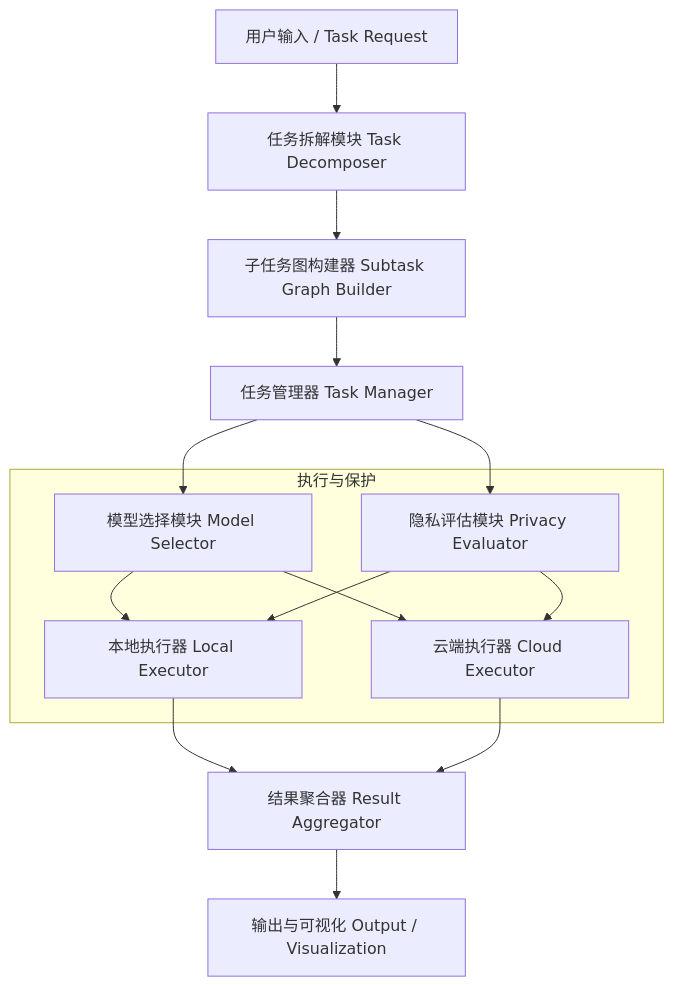
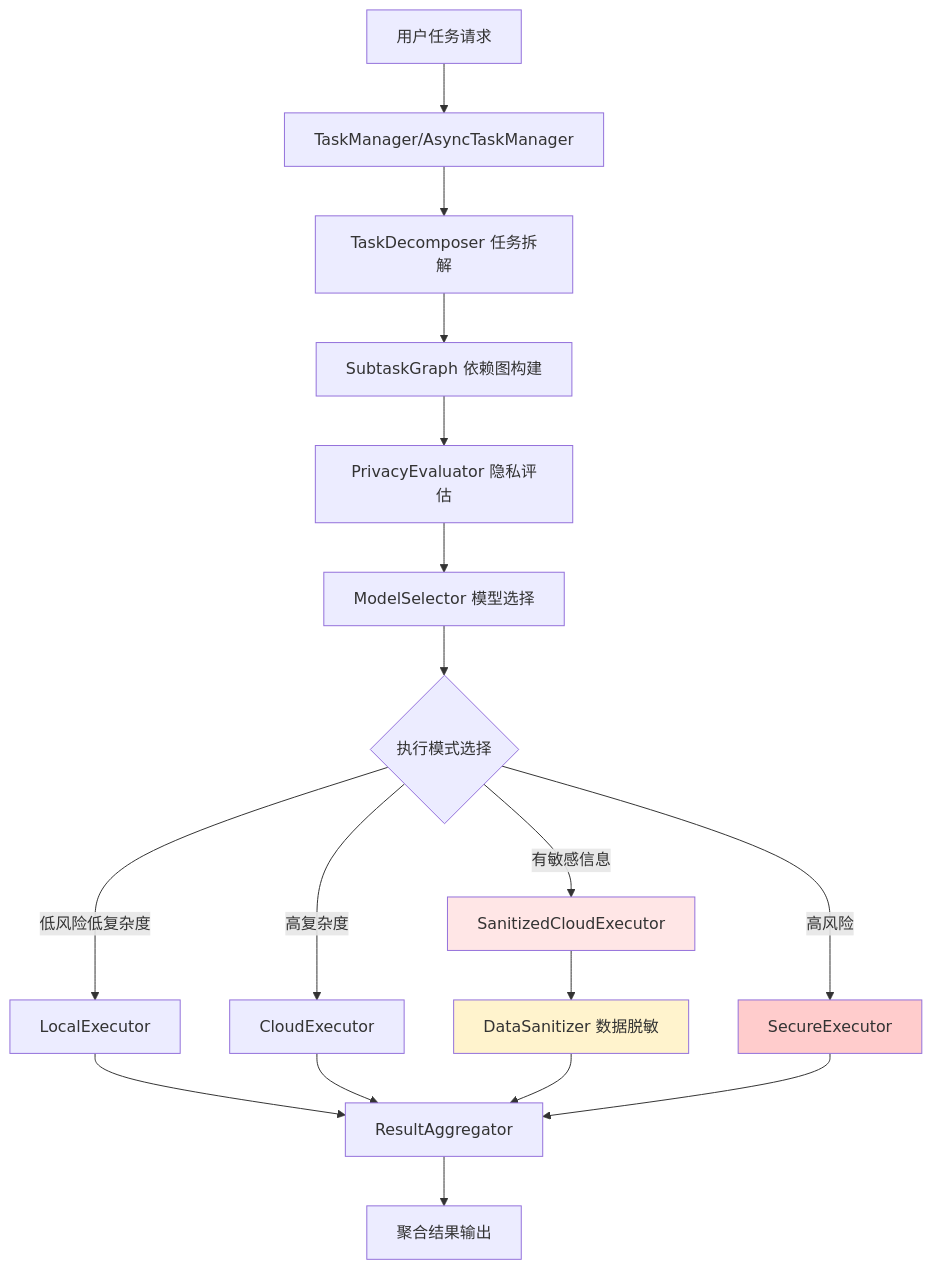
The diagram in README.md (EvoNexusX/Agent-Collection), drawn with Mermaid before and after one commit. The commit also changed other lines of this file, not shown here.

````diff
--- a/README.md
+++ b/README.md
@@ -16,21 +30,22 @@
 ```mermaid
 graph TD
-    A[用户输入 / Task Request] --> B[任务拆解模块 Task Decomposer]
-    B --> C[子任务图构建器 Subtask Graph Builder]
-    C --> D[任务管理器 Task Manager]
-    D --> E[隐私评估模块 Privacy Evaluator]
-    D --> F[模型选择模块 Model Selector]
-    F --> G1[本地执行器 Local Executor]
-    F --> G2[云端执行器 Cloud Executor]
-    E --> G1
-    E --> G2
-    G1 --> H[结果聚合器 Result Aggregator]
-    G2 --> H
-    H --> I[输出与可视化 Output / Visualization]
-    subgraph 执行与保护
-    E
-    F
-    G1
-    G2
-    end
+    A[用户任务请求] --> B[TaskManager/AsyncTaskManager]
+    B --> C[TaskDecomposer 任务拆解]
+    C --> D[SubtaskGraph 依赖图构建]
+    D --> E[PrivacyEvaluator 隐私评估]
+    E --> F[ModelSelector 模型选择]
+    F --> G{执行模式选择}
+    G -->|低风险低复杂度| H1[LocalExecutor]
+    G -->|高复杂度| H2[CloudExecutor]
+    G -->|有敏感信息| H3[SanitizedCloudExecutor]
+    G -->|高风险| H4[SecureExecutor]
+    H1 --> I[ResultAggregator]
+    H2 --> I
+    H3 --> J[DataSanitizer 数据脱敏] --> I
+    H4 --> I
+    I --> K[聚合结果输出]
+    
+    style H3 fill:#ffe6e6
+    style H4 fill:#ffcccc
+    style J fill:#fff3cd
 ```
````
